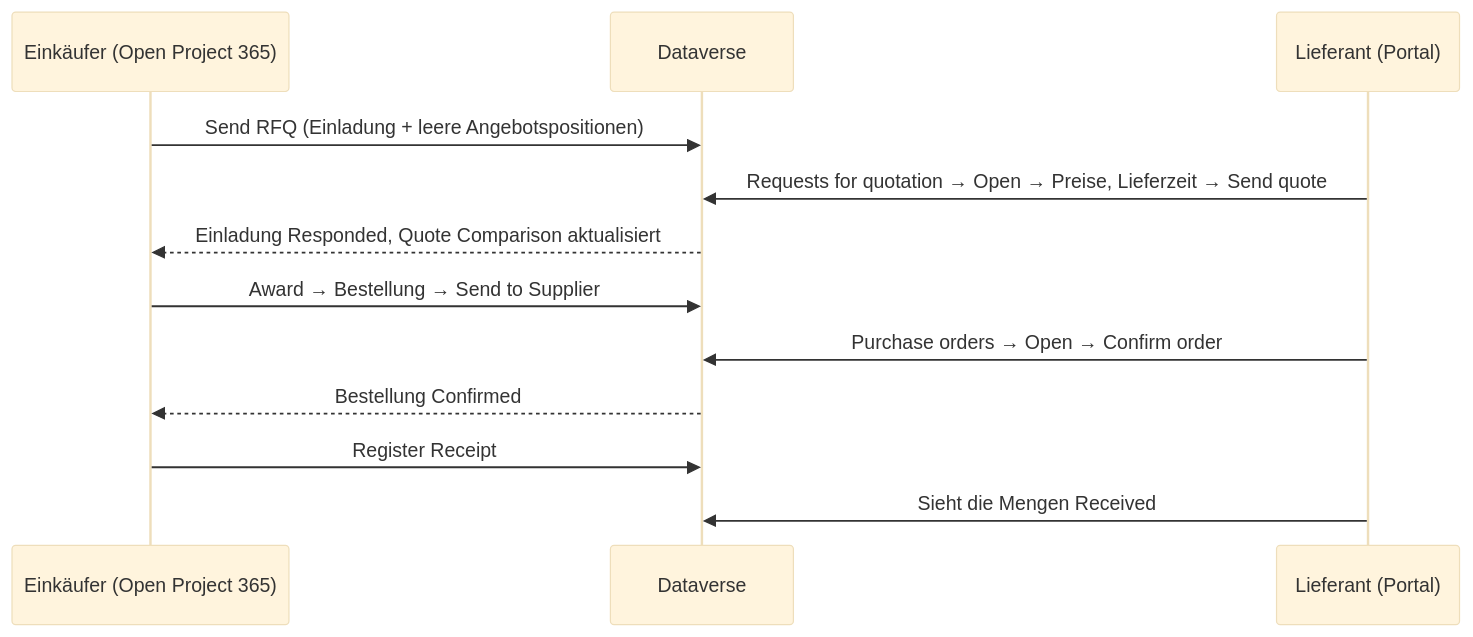
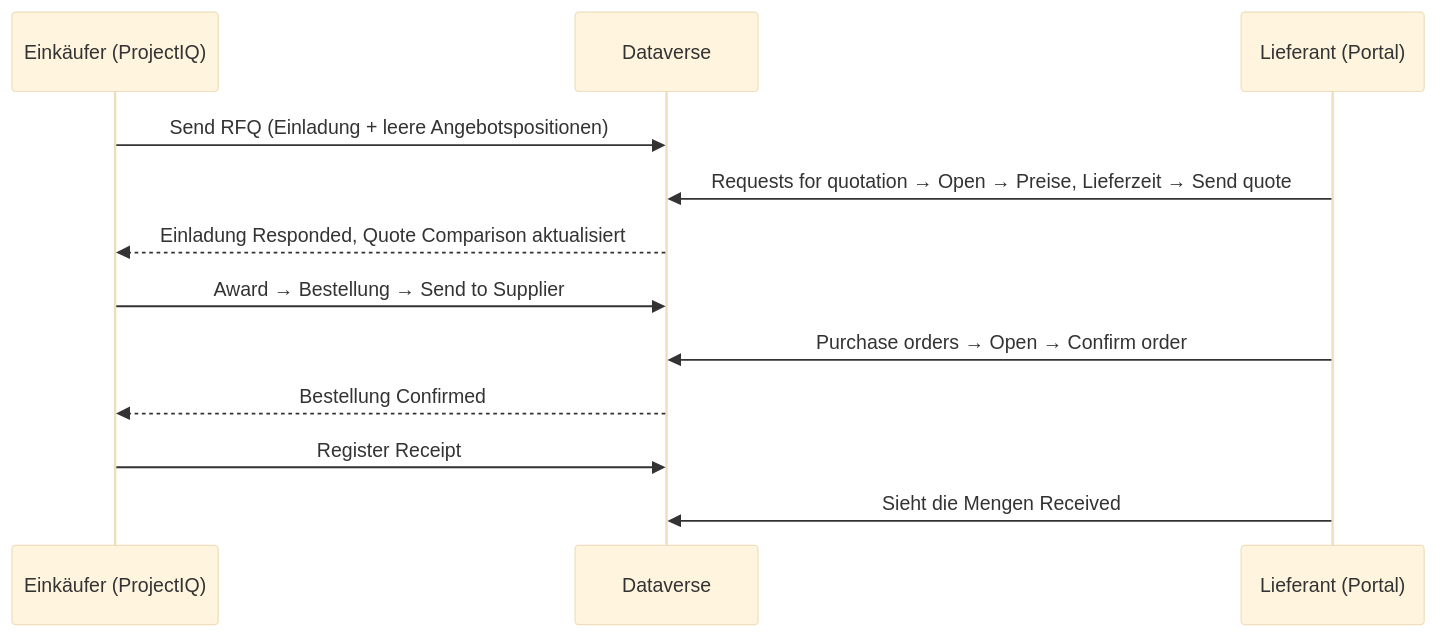
One commit to Power-Builders-Italia/ProjectIQ changed the diagram in docs/de/supplier-portal.md. Above: the diagram before and after it, drawn with Mermaid (base theme). The commit also changed other lines of this file and 84 other files, not shown here.

First line of the commit message:
Rebrand product from Open Project 365 to ProjectIQ (#52)

````diff
--- a/docs/de/supplier-portal.md
+++ b/docs/de/supplier-portal.md
@@ -18,14 +18,14 @@
 ```mermaid
 sequenceDiagram
-    participant B as Einkäufer (Open Project 365)
+    participant B as Einkäufer (ProjectIQ)
     participant DV as Dataverse
     participant S as Lieferant (Portal)
     B->>DV: Send RFQ (Einladung + leere Angebotspositionen)
     S->>DV: Requests for quotation → Open → Preise, Lieferzeit → Send quote
     DV-->>B: Einladung Responded, Quote Comparison aktualisiert
     B->>DV: Award → Bestellung → Send to Supplier
     S->>DV: Purchase orders → Open → Confirm order
     DV-->>B: Bestellung Confirmed
     B->>DV: Register Receipt
     S->>DV: Sieht die Mengen Received
 ```
````
